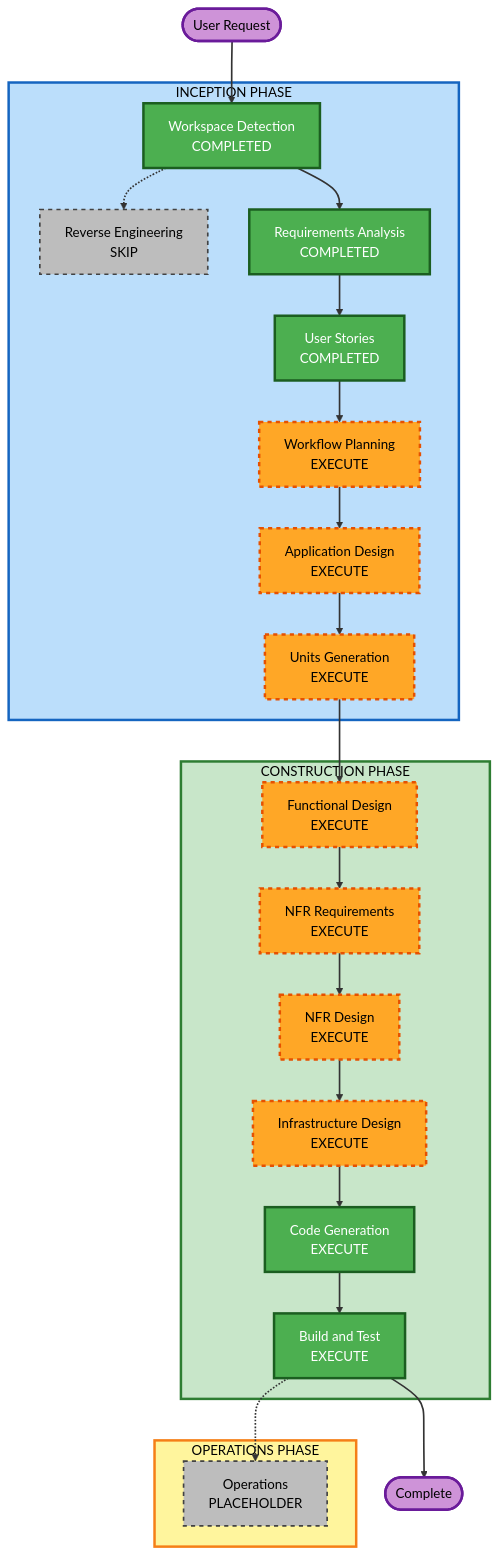
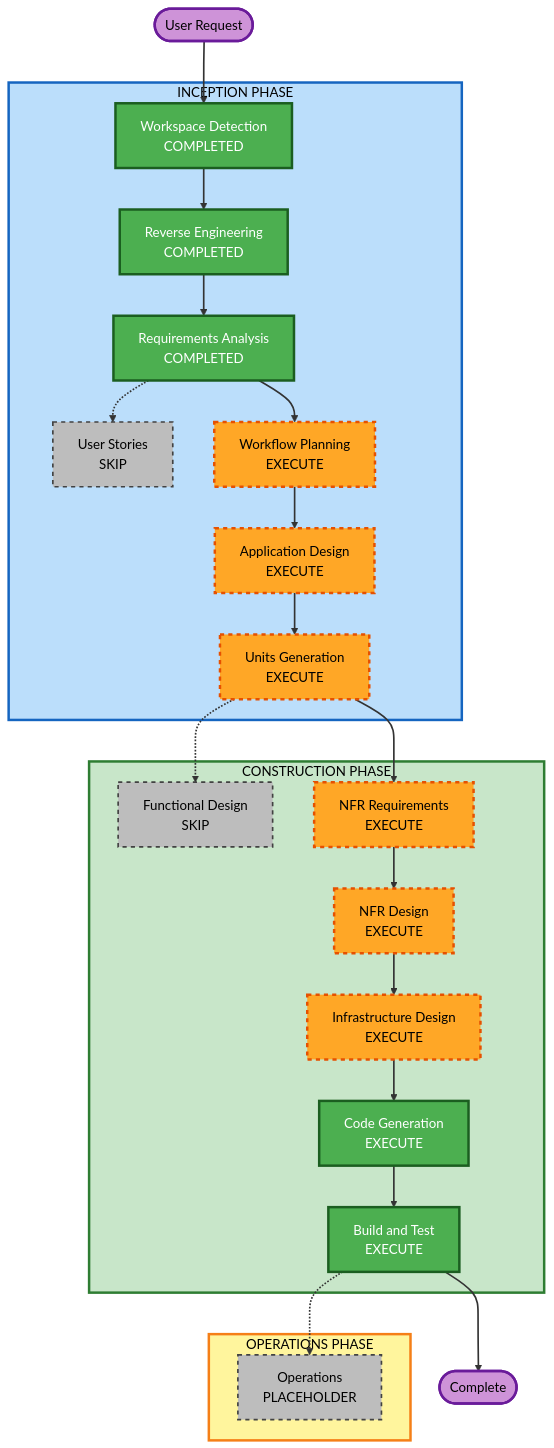
The diagram in aidlc-docs/inception/plans/execution-plan.md (welligtoncos/ia-dlc-infra-role-datamesh-poc), drawn with Mermaid before and after one commit. The commit also changed other lines of this file and 98 other files, not shown here.

````diff
--- a/aidlc-docs/inception/plans/execution-plan.md
+++ b/aidlc-docs/inception/plans/execution-plan.md
@@ -27,64 +44,64 @@
 ```mermaid
 flowchart TD
     Start(["User Request"])
 
     subgraph INCEPTION["INCEPTION PHASE"]
         WD["Workspace Detection<br/>COMPLETED"]
-        RE["Reverse Engineering<br/>SKIP"]
+        RE["Reverse Engineering<br/>COMPLETED"]
         RA["Requirements Analysis<br/>COMPLETED"]
-        US["User Stories<br/>COMPLETED"]
+        US["User Stories<br/>SKIP"]
         WP["Workflow Planning<br/>EXECUTE"]
         AD["Application Design<br/>EXECUTE"]
         UG["Units Generation<br/>EXECUTE"]
     end
 
     subgraph CONSTRUCTION["CONSTRUCTION PHASE"]
-        FD["Functional Design<br/>EXECUTE"]
+        FD["Functional Design<br/>SKIP"]
         NFRA["NFR Requirements<br/>EXECUTE"]
         NFRD["NFR Design<br/>EXECUTE"]
         ID["Infrastructure Design<br/>EXECUTE"]
         CG["Code Generation<br/>EXECUTE"]
         BT["Build and Test<br/>EXECUTE"]
     end
 
     subgraph OPERATIONS["OPERATIONS PHASE"]
         OPS["Operations<br/>PLACEHOLDER"]
     end
 
     Start --> WD
-    WD --> RA
-    WD -.-> RE
-    RA --> US
-    US --> WP
+    WD --> RE
+    RE --> RA
+    RA --> WP
+    RA -.-> US
     WP --> AD
     AD --> UG
-    UG --> FD
-    FD --> NFRA
+    UG --> NFRA
+    UG -.-> FD
     NFRA --> NFRD
     NFRD --> ID
     ID --> CG
     CG --> BT
     BT --> End(["Complete"])
     BT -.-> OPS
 
     style WD fill:#4CAF50,stroke:#1B5E20,stroke-width:3px,color:#fff
+    style RE fill:#4CAF50,stroke:#1B5E20,stroke-width:3px,color:#fff
     style RA fill:#4CAF50,stroke:#1B5E20,stroke-width:3px,color:#fff
-    style US fill:#4CAF50,stroke:#1B5E20,stroke-width:3px,color:#fff
-    style CG fill:#4CAF50,stroke:#1B5E20,stroke-width:3px,color:#fff
-    style BT fill:#4CAF50,stroke:#1B5E20,stroke-width:3px,color:#fff
     style WP fill:#FFA726,stroke:#E65100,stroke-width:3px,stroke-dasharray: 5 5,color:#000
     style AD fill:#FFA726,stroke:#E65100,stroke-width:3px,stroke-dasharray: 5 5,color:#000
     style UG fill:#FFA726,stroke:#E65100,stroke-width:3px,stroke-dasharray: 5 5,color:#000
-    style FD fill:#FFA726,stroke:#E65100,stroke-width:3px,stroke-dasharray: 5 5,color:#000
     style NFRA fill:#FFA726,stroke:#E65100,stroke-width:3px,stroke-dasharray: 5 5,color:#000
     style NFRD fill:#FFA726,stroke:#E65100,stroke-width:3px,stroke-dasharray: 5 5,color:#000
     style ID fill:#FFA726,stroke:#E65100,stroke-width:3px,stroke-dasharray: 5 5,color:#000
-    style RE fill:#BDBDBD,stroke:#424242,stroke-width:2px,stroke-dasharray: 5 5,color:#000
+    style CG fill:#4CAF50,stroke:#1B5E20,stroke-width:3px,color:#fff
+    style BT fill:#4CAF50,stroke:#1B5E20,stroke-width:3px,color:#fff
+    style US fill:#BDBDBD,stroke:#424242,stroke-width:2px,stroke-dasharray: 5 5,color:#000
+    style FD fill:#BDBDBD,stroke:#424242,stroke-width:2px,stroke-dasharray: 5 5,color:#000
     style OPS fill:#BDBDBD,stroke:#424242,stroke-width:2px,stroke-dasharray: 5 5,color:#000
     style Start fill:#CE93D8,stroke:#6A1B9A,stroke-width:3px,color:#000
     style End fill:#CE93D8,stroke:#6A1B9A,stroke-width:3px,color:#000
     style INCEPTION fill:#BBDEFB,stroke:#1565C0,stroke-width:3px,color:#000
     style CONSTRUCTION fill:#C8E6C9,stroke:#2E7D32,stroke-width:3px,color:#000
     style OPERATIONS fill:#FFF59D,stroke:#F57F17,stroke-width:3px,color:#000
     linkStyle default stroke:#333,stroke-width:2px
 ```
````
